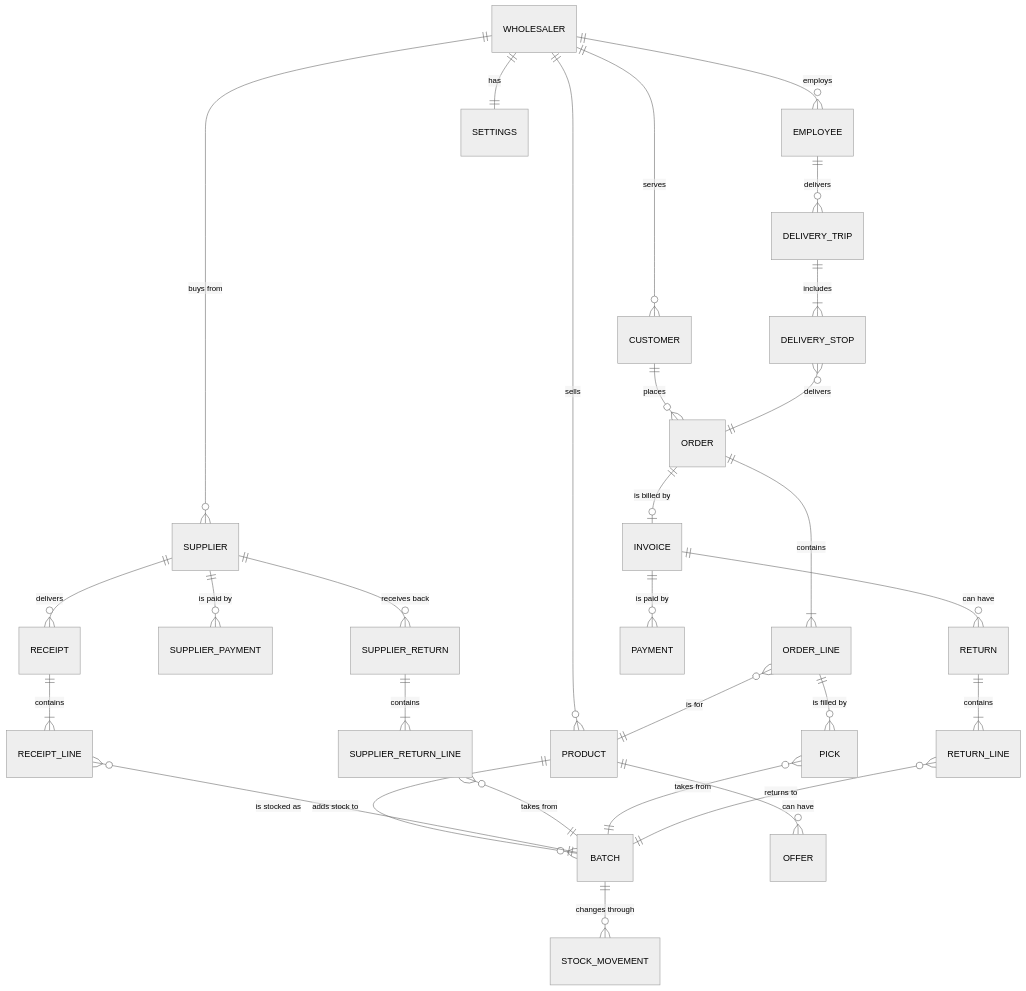
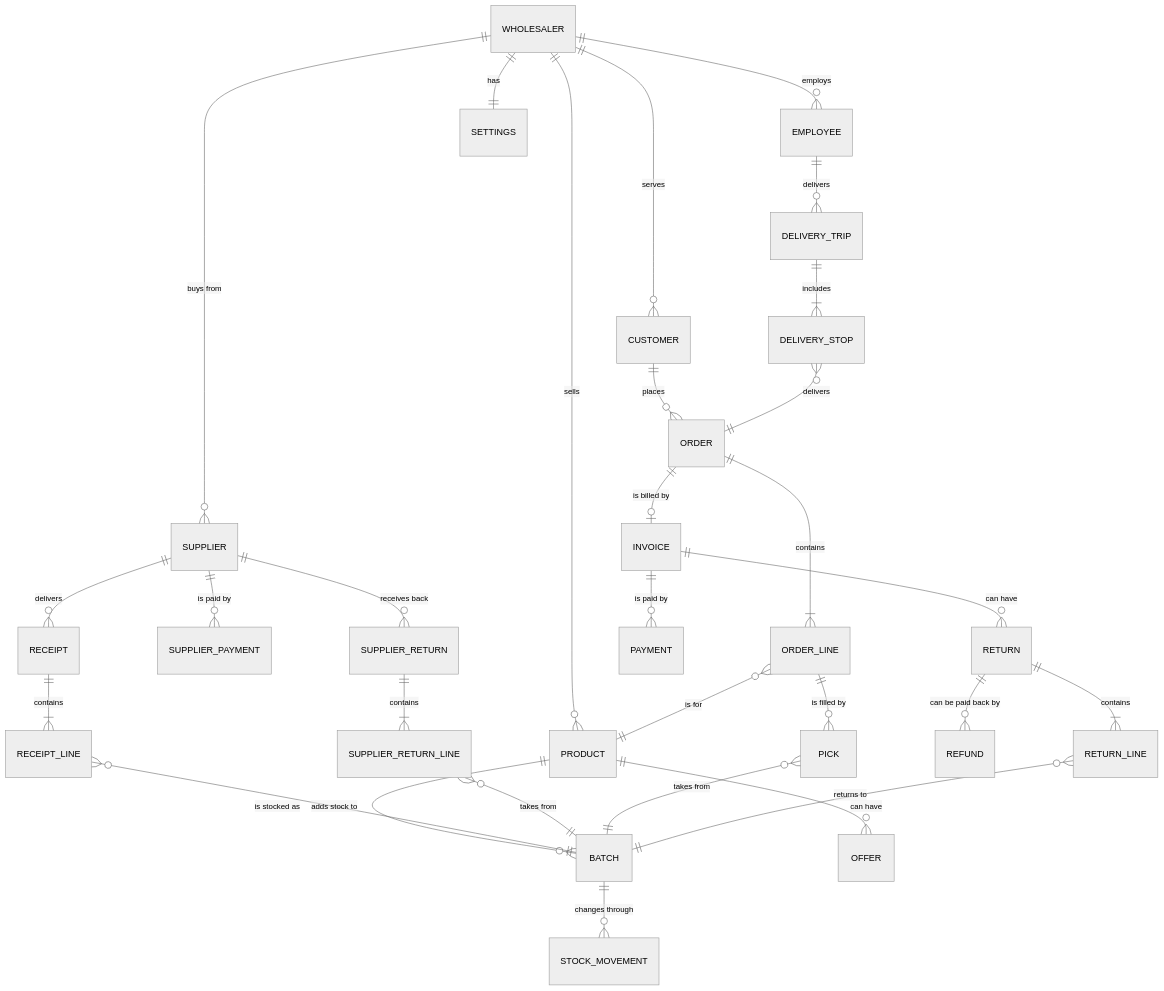
Before and after one commit to AhmedElnagarUU/Cosmo: the diagram in docs/workflows/08-data-map.md, drawn with Mermaid (neutral theme). The commit also changed other lines of this file and 14 other files, not shown here.

````diff
--- a/docs/workflows/08-data-map.md
+++ b/docs/workflows/08-data-map.md
@@ -13,37 +13,38 @@
 ```mermaid
 erDiagram
     WHOLESALER ||--o{ EMPLOYEE : employs
     WHOLESALER ||--o{ CUSTOMER : serves
     WHOLESALER ||--o{ SUPPLIER : "buys from"
     WHOLESALER ||--o{ PRODUCT : sells
 
     PRODUCT ||--o{ BATCH : "is stocked as"
     BATCH ||--o{ STOCK_MOVEMENT : "changes through"
 
     SUPPLIER ||--o{ RECEIPT : delivers
     RECEIPT ||--|{ RECEIPT_LINE : contains
     RECEIPT_LINE }o--|| BATCH : "adds stock to"
     SUPPLIER ||--o{ SUPPLIER_PAYMENT : "is paid by"
     SUPPLIER ||--o{ SUPPLIER_RETURN : "receives back"
     SUPPLIER_RETURN ||--|{ SUPPLIER_RETURN_LINE : contains
     SUPPLIER_RETURN_LINE }o--|| BATCH : "takes from"
     PRODUCT ||--o{ OFFER : "can have"
     WHOLESALER ||--|| SETTINGS : has
 
     CUSTOMER ||--o{ ORDER : places
     ORDER ||--|{ ORDER_LINE : contains
     ORDER_LINE }o--|| PRODUCT : "is for"
     ORDER_LINE ||--o{ PICK : "is filled by"
     PICK }o--|| BATCH : "takes from"
 
     DELIVERY_TRIP ||--|{ DELIVERY_STOP : includes
     DELIVERY_STOP }o--|| ORDER : delivers
     EMPLOYEE ||--o{ DELIVERY_TRIP : delivers
 
     ORDER ||--o| INVOICE : "is billed by"
     INVOICE ||--o{ PAYMENT : "is paid by"
 
     INVOICE ||--o{ RETURN : "can have"
+    RETURN ||--o{ REFUND : "can be paid back by"
     RETURN ||--|{ RETURN_LINE : contains
     RETURN_LINE }o--|| BATCH : "returns to"
 ```
````
